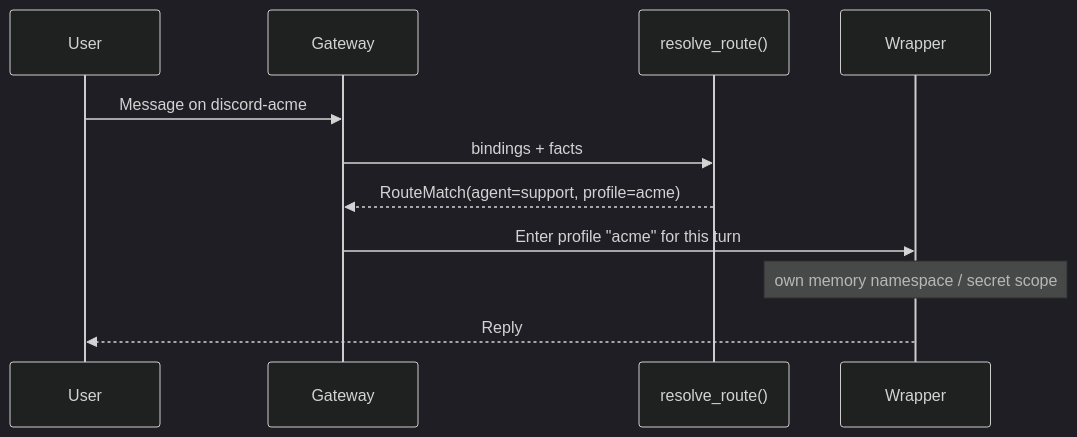
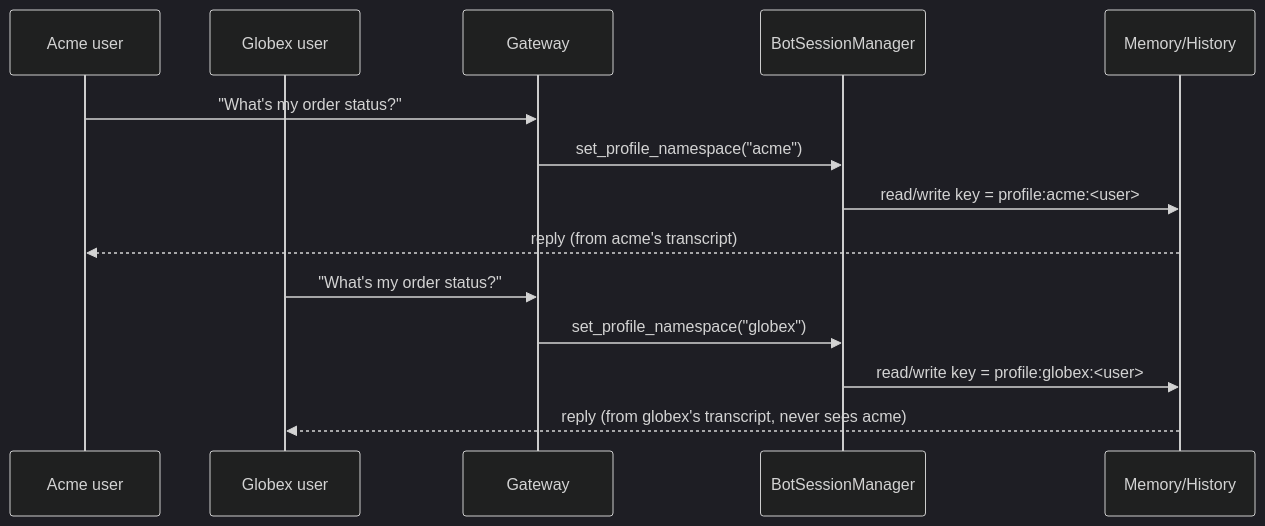
The second of 3 diagrams in docs/features/gateway-tenant-profile.mdx (MervinPraison/PraisonAIDocs), drawn with Mermaid (dark theme) before and after one commit. The commit also changed other lines of this file and 2 other files, not shown here.

First line of the commit message:
docs: update Gateway Tenant Profiles for shipped memory-isolation wiring (fixes #3322)

````diff
--- a/docs/features/gateway-tenant-profile.mdx
+++ b/docs/features/gateway-tenant-profile.mdx
@@ -93,14 +122,18 @@
 ```mermaid
 sequenceDiagram
-    participant User
+    participant AcmeUser as Acme user
+    participant GlobexUser as Globex user
     participant Gateway
-    participant Resolver as resolve_route()
-    participant Wrapper
+    participant Session as BotSessionManager
+    participant Store as Memory/History
 
-    User->>Gateway: Message on discord-acme
-    Gateway->>Resolver: bindings + facts
-    Resolver-->>Gateway: RouteMatch(agent=support, profile=acme)
-    Gateway->>Wrapper: Enter profile "acme" for this turn
-    Note over Wrapper: own memory namespace / secret scope
-    Wrapper-->>User: Reply
+    AcmeUser->>Gateway: "What's my order status?"
+    Gateway->>Session: set_profile_namespace("acme")
+    Session->>Store: read/write key = profile:acme:<user>
+    Store-->>AcmeUser: reply (from acme's transcript)
+
+    GlobexUser->>Gateway: "What's my order status?"
+    Gateway->>Session: set_profile_namespace("globex")
+    Session->>Store: read/write key = profile:globex:<user>
+    Store-->>GlobexUser: reply (from globex's transcript, never sees acme)
 ```
````
